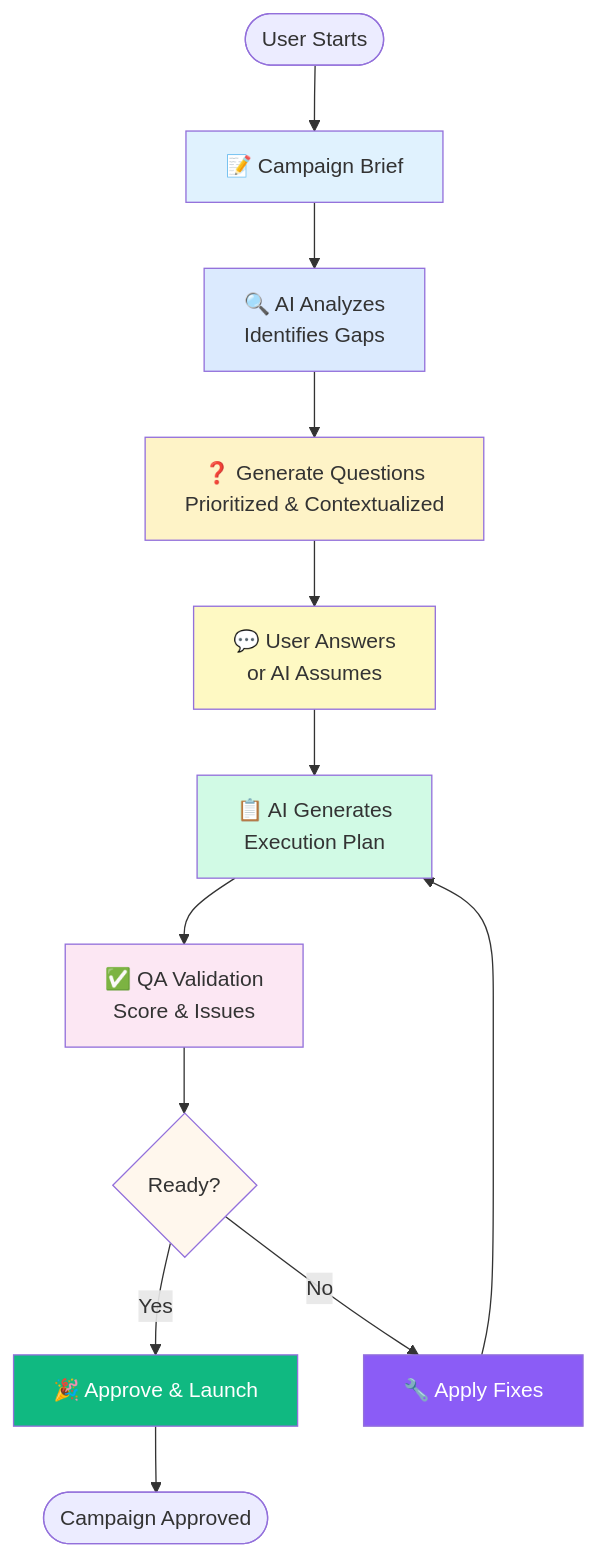
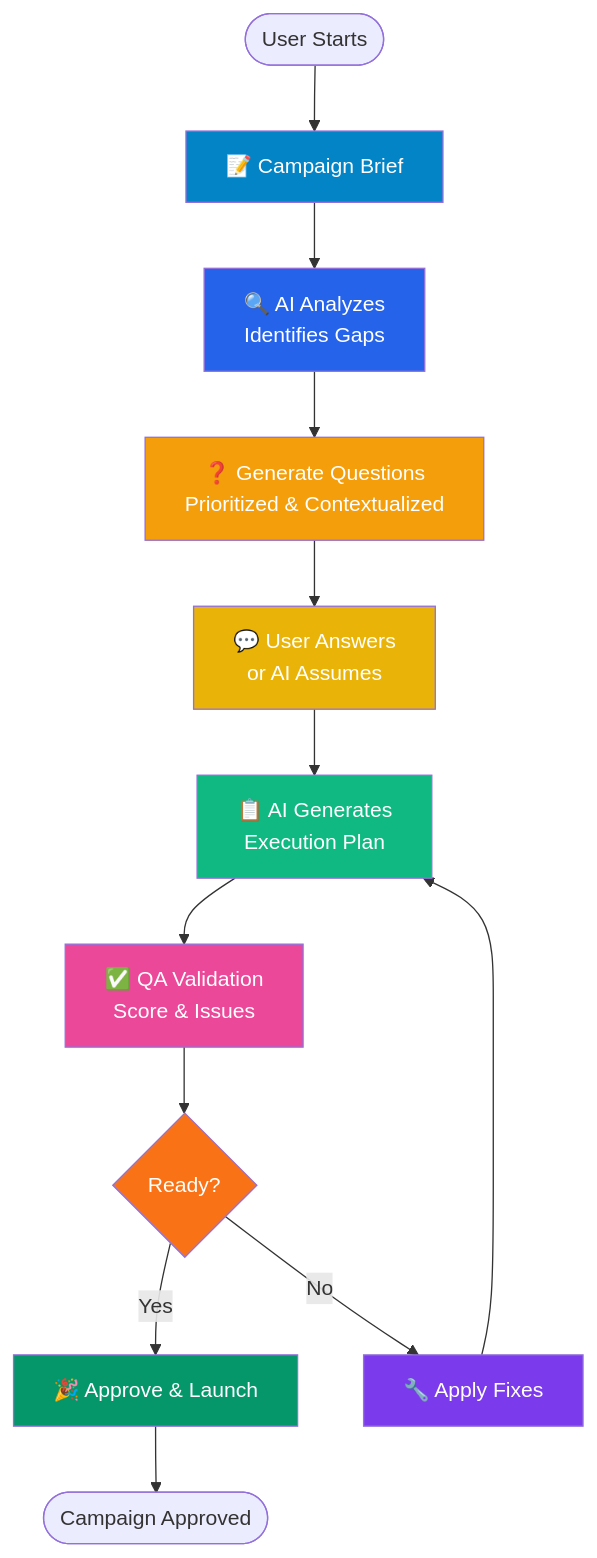
The diagram in README.md (LatentView-Analytics-Ltd/Niranjan_R_3526), drawn with Mermaid before and after one commit.

Commit message:
Update Mermaid chart with white font colors

````diff
--- a/README.md
+++ b/README.md
@@ -60,24 +60,24 @@
 ```mermaid
 graph TB
     Start([User Starts]) --> Brief[📝 Campaign Brief]
     Brief --> Analyze[🔍 AI Analyzes<br/>Identifies Gaps]
     Analyze --> Questions[❓ Generate Questions<br/>Prioritized & Contextualized]
     Questions --> Answer[💬 User Answers<br/>or AI Assumes]
     Answer --> Plan[📋 AI Generates<br/>Execution Plan]
     Plan --> QA[✅ QA Validation<br/>Score & Issues]
     QA --> Check{Ready?}
     Check -->|Yes| Launch[🎉 Approve & Launch]
     Check -->|No| Fix[🔧 Apply Fixes]
     Fix --> Plan
     Launch --> End([Campaign Approved])
     
-    style Brief fill:#e0f2fe
-    style Analyze fill:#dbeafe
-    style Questions fill:#fef3c7
-    style Answer fill:#fef9c3
-    style Plan fill:#d1fae5
-    style QA fill:#fce7f3
-    style Check fill:#fff7ed
-    style Launch fill:#10b981,color:#fff
-    style Fix fill:#8b5cf6,color:#fff
+    style Brief fill:#0284c7,color:#fff
+    style Analyze fill:#2563eb,color:#fff
+    style Questions fill:#f59e0b,color:#fff
+    style Answer fill:#eab308,color:#fff
+    style Plan fill:#10b981,color:#fff
+    style QA fill:#ec4899,color:#fff
+    style Check fill:#f97316,color:#fff
+    style Launch fill:#059669,color:#fff
+    style Fix fill:#7c3aed,color:#fff
 ```
````
